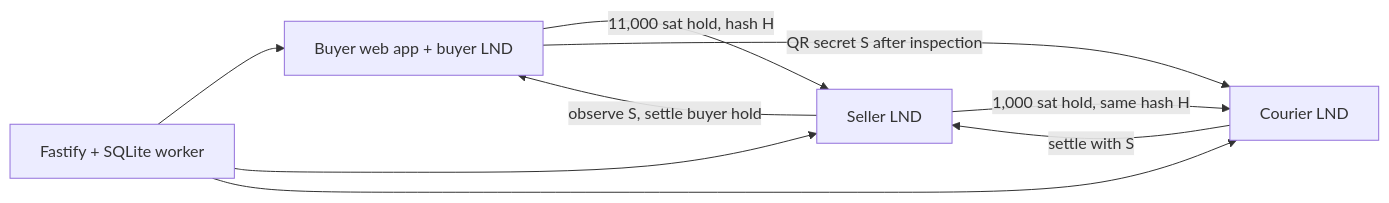
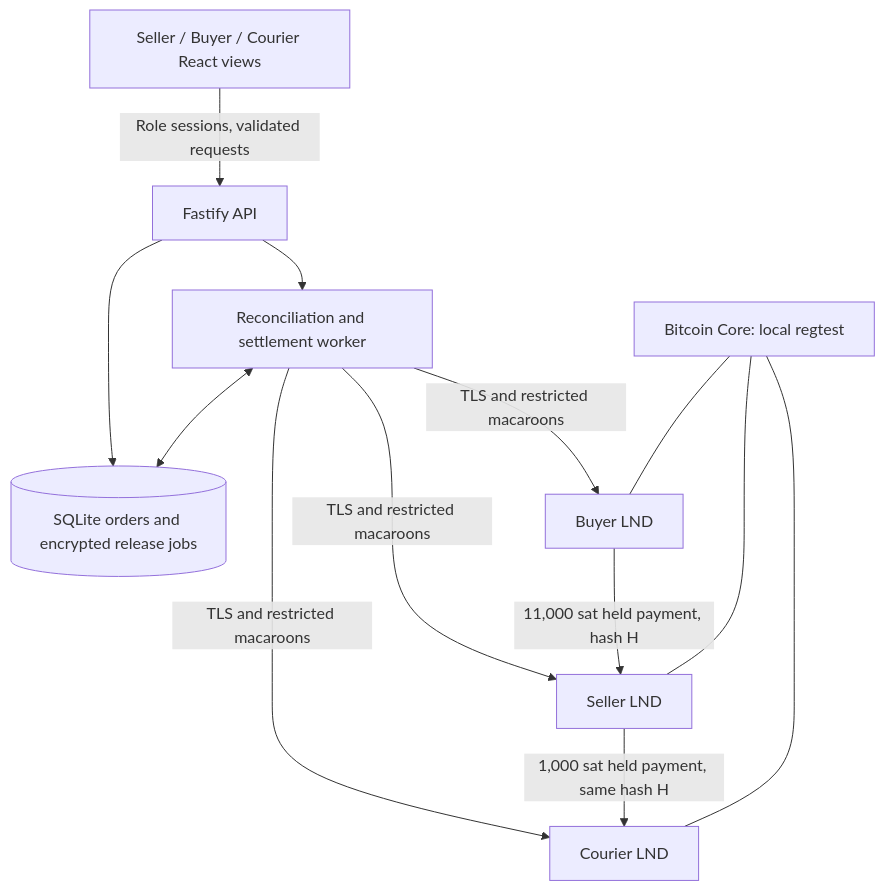
The diagram in README.md (thecosmos42/flashdrop), drawn with Mermaid before and after one commit. The commit also changed other lines of this file, not shown here.

````diff
--- a/README.md
+++ b/README.md
@@ -41,11 +64,15 @@
 ```mermaid
-flowchart LR
-  B[Buyer web app + buyer LND] -->|11,000 sat hold, hash H| S[Seller LND]
-  S -->|1,000 sat hold, same hash H| C[Courier LND]
-  B -->|QR secret S after inspection| C
-  C -->|settle with S| S
-  S -->|observe S, settle buyer hold| B
-  A[Fastify + SQLite worker] --> B
-  A --> S
-  A --> C
+flowchart TB
+  UI[Seller / Buyer / Courier React views] -->|Role sessions, validated requests| API[Fastify API]
+  API --> DB[(SQLite orders and encrypted release jobs)]
+  WORKER[Reconciliation and settlement worker] <--> DB
+  API --> WORKER
+  WORKER -->|TLS and restricted macaroons| B[Buyer LND]
+  WORKER -->|TLS and restricted macaroons| S[Seller LND]
+  WORKER -->|TLS and restricted macaroons| C[Courier LND]
+  B -->|11,000 sat held payment, hash H| S
+  S -->|1,000 sat held payment, same hash H| C
+  CORE[Bitcoin Core: local regtest] --- B
+  CORE --- S
+  CORE --- C
 ```
````
